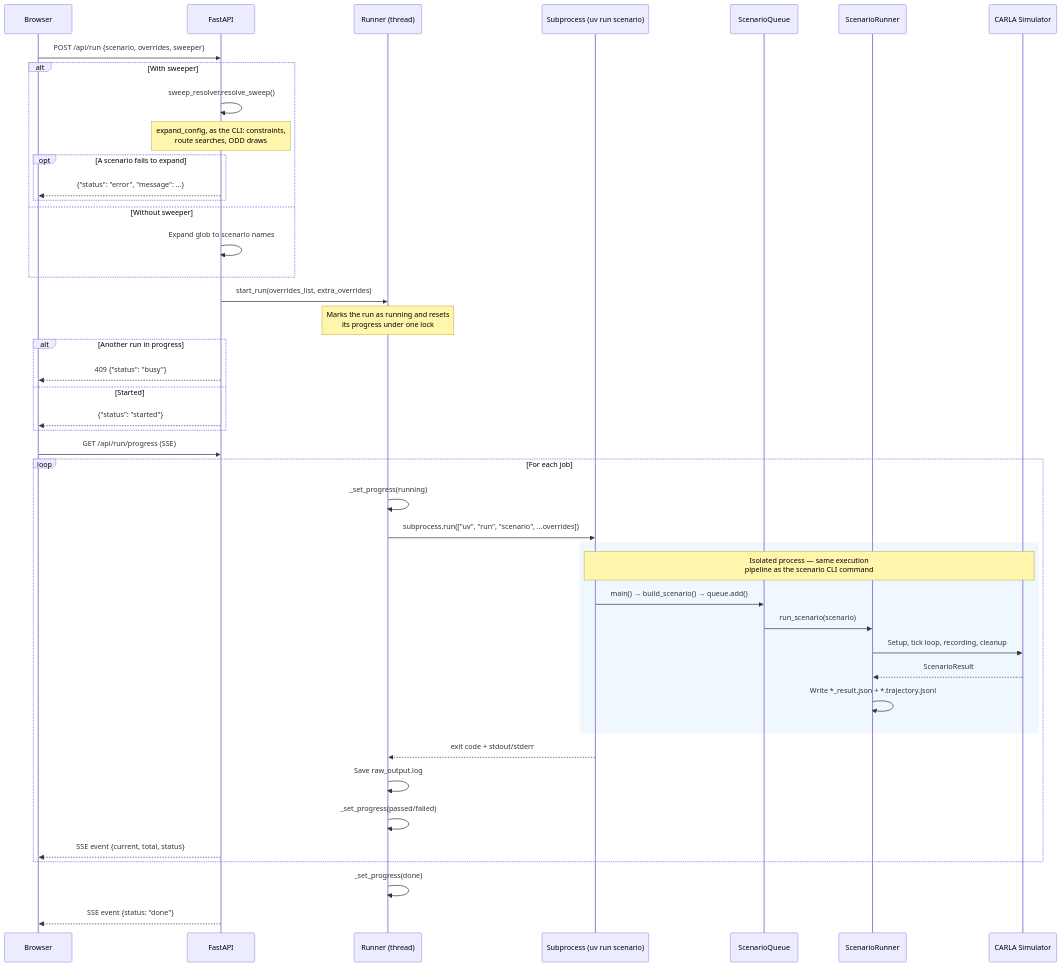
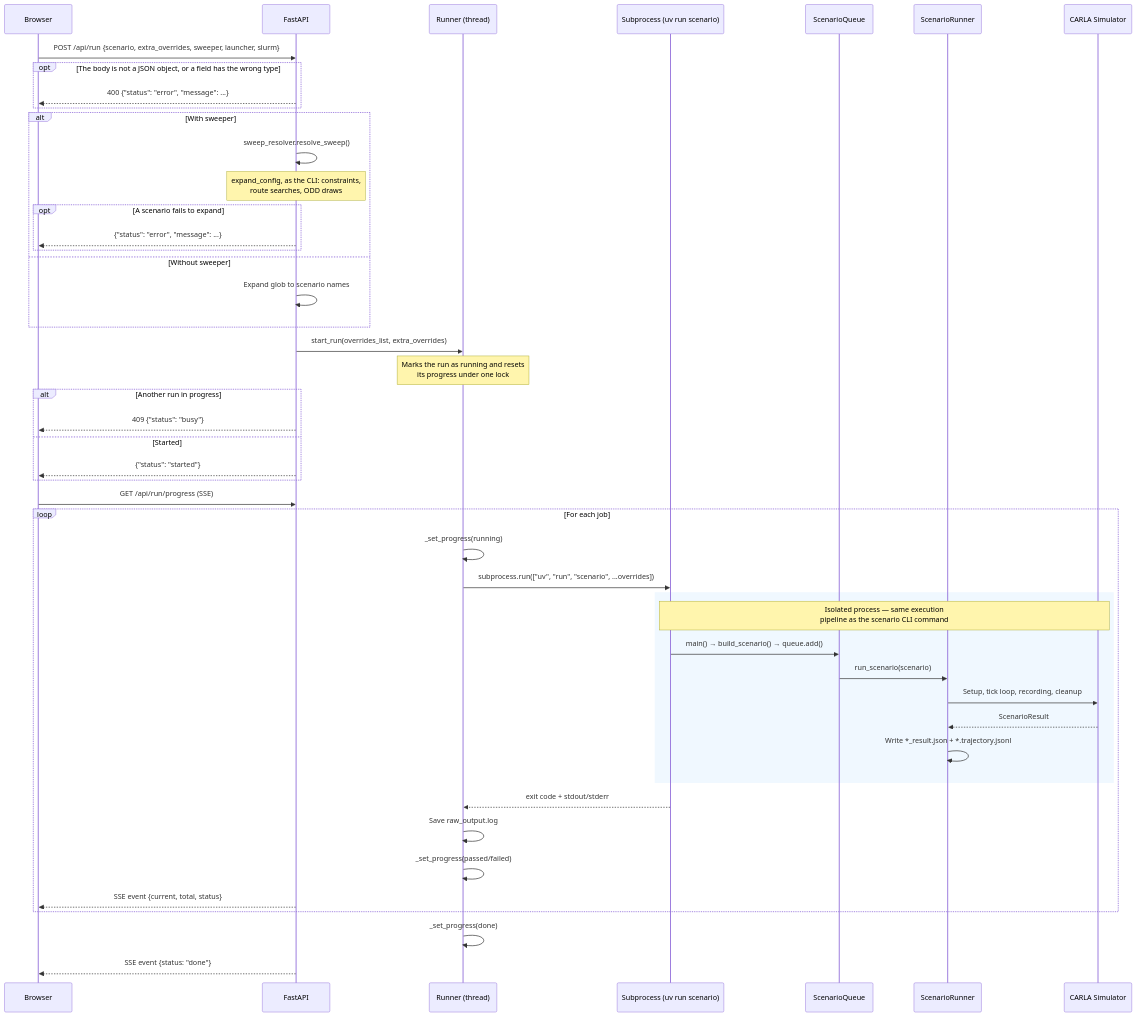
One commit to autowarefoundation/autoware_carla_scenario changed the ninth of 13 diagrams in autoware_carla_scenario/docs/architecture.md. Above: the diagram before and after it, drawn with Mermaid. The commit also changed other lines of this file and 3 other files, not shown here.

First line of the commit message:
fix(ui): check the run body's types before a run or a submission

````diff
--- a/autoware_carla_scenario/docs/architecture.md
+++ b/autoware_carla_scenario/docs/architecture.md
@@ -1048,54 +1048,57 @@
 ```mermaid
 sequenceDiagram
     participant B as Browser
     participant A as FastAPI
     participant R as Runner (thread)
     participant S as Subprocess (uv run scenario)
     participant SQ as ScenarioQueue
     participant SR as ScenarioRunner
     participant C as CARLA Simulator
 
-    B->>A: POST /api/run {scenario, overrides, sweeper}
+    B->>A: POST /api/run {scenario, extra_overrides, sweeper, launcher, slurm}
+    opt The body is not a JSON object, or a field has the wrong type
+        A-->>B: 400 {"status": "error", "message": ...}
+    end
 
     alt With sweeper
         A->>A: sweep_resolver.resolve_sweep()
         Note over A: expand_config, as the CLI: constraints,<br/>route searches, ODD draws
         opt A scenario fails to expand
             A-->>B: {"status": "error", "message": ...}
         end
     else Without sweeper
         A->>A: Expand glob to scenario names
     end
 
     A->>R: start_run(overrides_list, extra_overrides)
     Note over R: Marks the run as running and resets<br/>its progress under one lock
     alt Another run in progress
         A-->>B: 409 {"status": "busy"}
     else Started
         A-->>B: {"status": "started"}
     end
 
     B->>A: GET /api/run/progress (SSE)
 
     loop For each job
         R->>R: _set_progress(running)
         R->>S: subprocess.run(["uv", "run", "scenario", ...overrides])
 
         rect rgb(240, 248, 255)
             Note over S,C: Isolated process — same execution<br/>pipeline as the scenario CLI command
             S->>SQ: main() → build_scenario() → queue.add()
             SQ->>SR: run_scenario(scenario)
             SR->>C: Setup, tick loop, recording, cleanup
             C-->>SR: ScenarioResult
             SR->>SR: Write *_result.json + *.trajectory.jsonl
         end
 
         S-->>R: exit code + stdout/stderr
         R->>R: Save raw_output.log
         R->>R: _set_progress(passed/failed)
         A-->>B: SSE event {current, total, status}
     end
 
     R->>R: _set_progress(done)
     A-->>B: SSE event {status: "done"}
 ```
````
